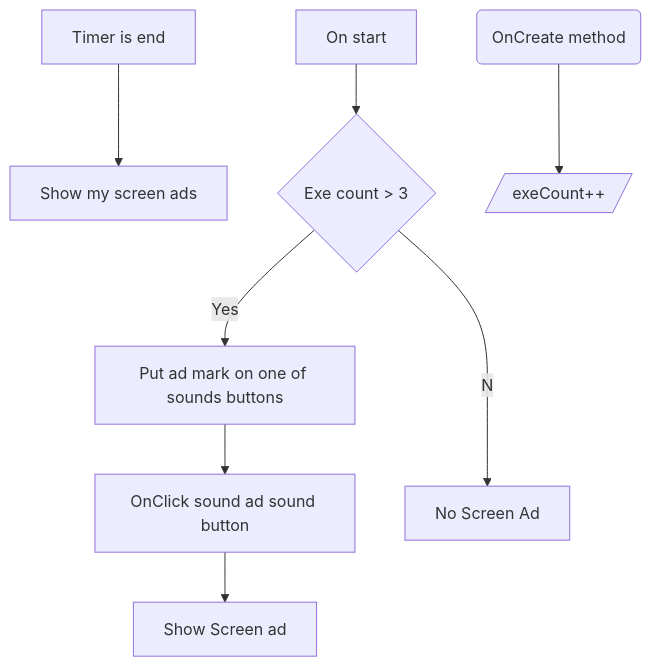
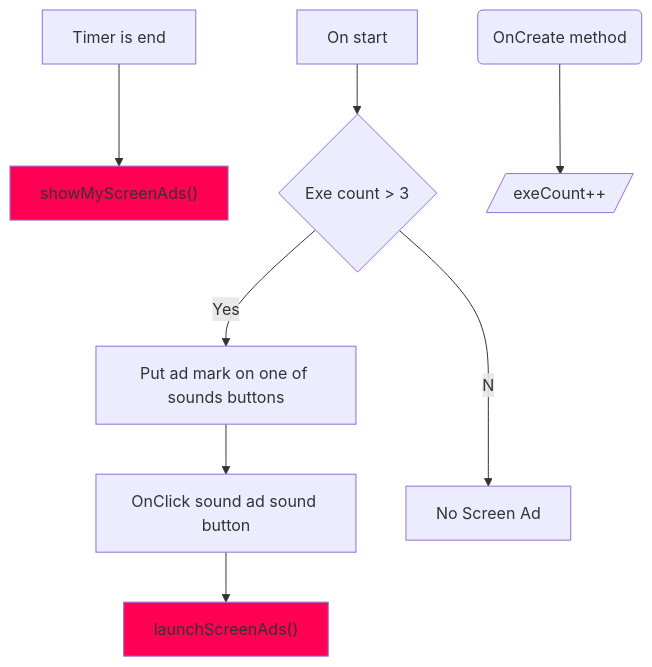
One commit to HeesangLee/NatureMeditationSoundV2 changed the diagram in README.md. Above: the diagram before and after it, drawn with Mermaid. The commit also changed other lines of this file and 2 other files, not shown here.

Commit message:
Simplify getRandomAds

````diff
--- a/README.md
+++ b/README.md
@@ -67,9 +67,13 @@
 ```mermaid
 
 graph TD
-  A[Timer is end] --> B[Show my screen ads]
-	C[On start] -->D{Exe count > 3}--Yes-->E[Put ad mark on one of sounds buttons]
-  E-->F[OnClick sound ad sound button]-->G[Show Screen ad]
-	D--No-->H[No Screen Ad]
-	I(OnCreate method)-->J[/exeCount++/]
+  A[Timer is end] --> B["showMyScreenAds()"]
+  C[On start] -->D{Exe count > 3}--Yes-->E[Put ad mark on one of sounds buttons]
+  E-->F[OnClick sound ad sound button]-->G["launchScreenAds()"]	
+  D--No-->H[No Screen Ad]	
+  I(OnCreate method)-->J[/exeCount++/]
+  
+  style B fill:#f05
+  style G fill:#f05
+	
 ```
````
